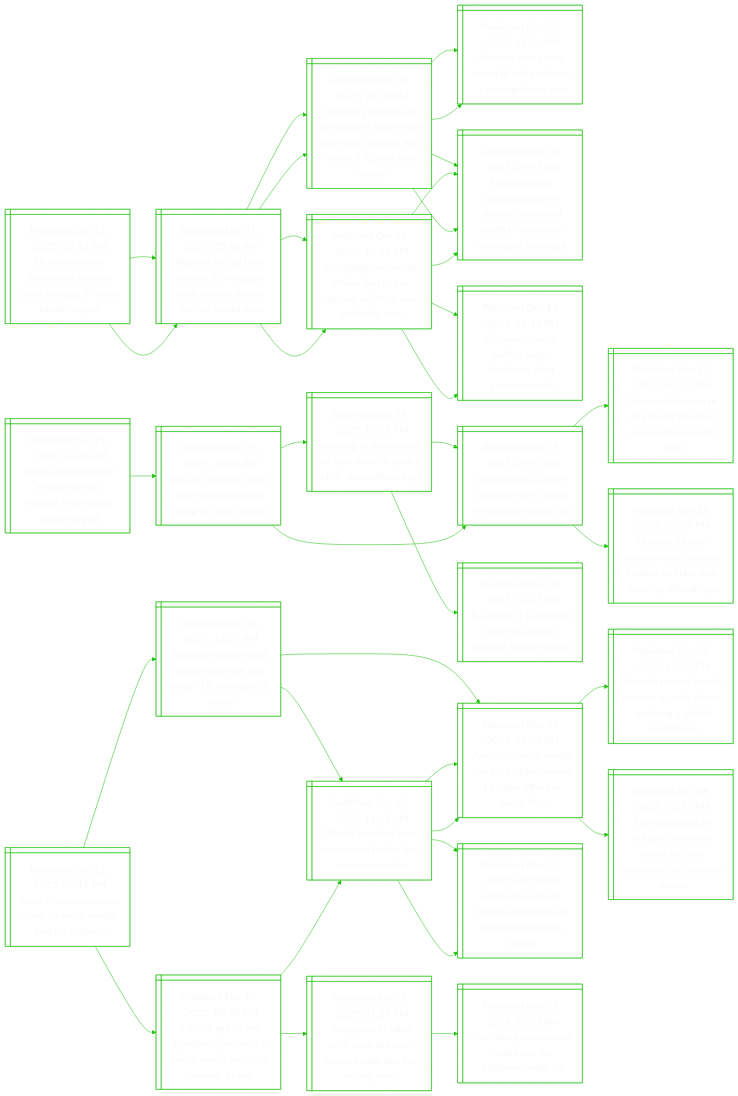
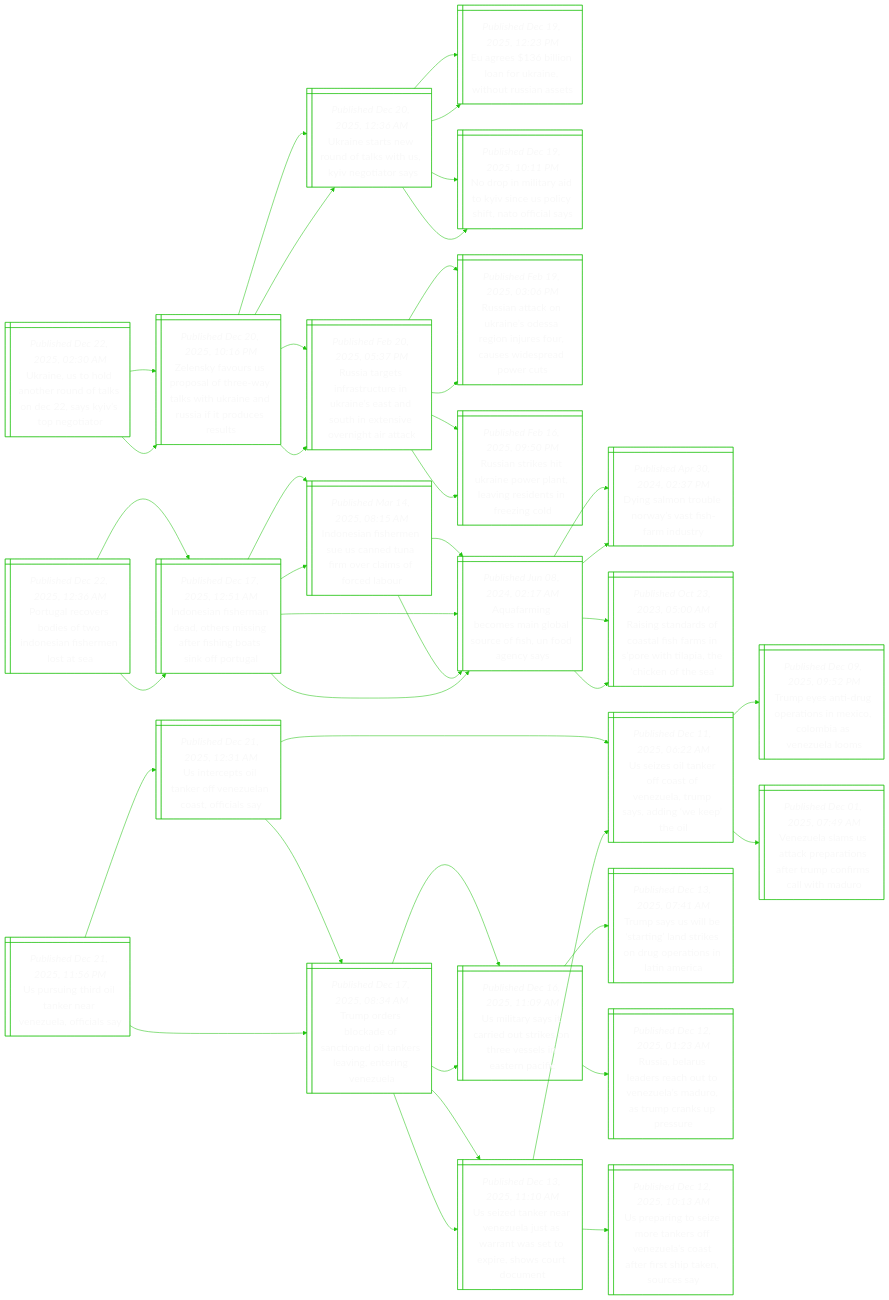
One commit to notJmes/notJmes changed the diagram in README.md. Above: the diagram before and after it, drawn with Mermaid. The commit also changed other lines of this file, not shown here.

````diff
--- a/README.md
+++ b/README.md
@@ -16,118 +16,136 @@
 flowchart LR
 classDef txtsize font-size:20px;
 
-Untttsbtgure@{ shape: win-pane, label: "_Published Dec 21, 2025, 11:55 PM_
-Ukraine battles attempted russian breakthrough in sumy border region" }
-Rackulrmiroms@{ shape: win-pane, label: "_Published Dec 21, 2025, 05:16 PM_
-Russian forces take around 50 villagers from ukraine across border, media says" }
+Unoaenanaiptr@{ shape: win-pane, label: "_Published Dec 22, 2025, 02:30 AM_
+Ukraine, us to hold another round of talks on dec 22, says kyiv’s top negotiator" }
 ZsvUpoetwkeuireu@{ shape: win-pane, label: "_Published Dec 20, 2025, 10:16 PM_
 Zelensky favours us proposal of three-way talks with ukraine and russia if it produces results" }
 Unrwdltygty@{ shape: win-pane, label: "_Published Dec 20, 2025, 12:36 AM_
 Ukraine starts new round of talks with us,  kyiv negotiator says" }
+Eelloaitis@{ shape: win-pane, label: "_Published Dec 19, 2025, 12:23 PM_
+Eu agrees $136 billion loan for ukraine, without russian assets" }
+NplyosUiiTis@{ shape: win-pane, label: "_Published Dec 19, 2025, 10:11 PM_
+No drop in military aid to kyiv since us policy shift, nato official says" }
 Raefrrketonnoiia@{ shape: win-pane, label: "_Published Feb 20, 2025, 05:37 PM_
 Russia targets infrastructure in ukraine’s east and south in extensive overnight air attack" }
-EaRasetUnfees@{ shape: win-pane, label: "_Published Dec 21, 2025, 12:56 AM_
-Escalating russian air strikes aim to cut ukraine off from sea, zelensky says" }
-Raefrrketonnoiia@{ shape: win-pane, label: "_Published Feb 20, 2025, 05:37 PM_
-Russia targets infrastructure in ukraine’s east and south in extensive overnight air attack" }
-Unefmbofunc@{ shape: win-pane, label: "_Published Dec 13, 2025, 08:18 PM_
-Ukraine’s odesa suffers major blackouts after russian attack" }
-Rackulrmiroms@{ shape: win-pane, label: "_Published Dec 21, 2025, 05:16 PM_
-Russian forces take around 50 villagers from ukraine across border, media says" }
+RaaUneeiereeaes@{ shape: win-pane, label: "_Published Feb 19, 2025, 03:06 PM_
+Russian attack on ukraine’s odessa region injures four, causes widespread power cuts" }
+Raiiaolegdiec@{ shape: win-pane, label: "_Published Feb 16, 2025, 09:50 PM_
+Russian strikes hit ukraine power plant, leaving residents in freezing cold" }
 ZsvUpoetwkeuireu@{ shape: win-pane, label: "_Published Dec 20, 2025, 10:16 PM_
 Zelensky favours us proposal of three-way talks with ukraine and russia if it produces results" }
 Unrwdltygty@{ shape: win-pane, label: "_Published Dec 20, 2025, 12:36 AM_
 Ukraine starts new round of talks with us,  kyiv negotiator says" }
+Eelloaitis@{ shape: win-pane, label: "_Published Dec 19, 2025, 12:23 PM_
+Eu agrees $136 billion loan for ukraine, without russian assets" }
+NplyosUiiTis@{ shape: win-pane, label: "_Published Dec 19, 2025, 10:11 PM_
+No drop in military aid to kyiv since us policy shift, nato official says" }
 Raefrrketonnoiia@{ shape: win-pane, label: "_Published Feb 20, 2025, 05:37 PM_
 Russia targets infrastructure in ukraine’s east and south in extensive overnight air attack" }
-EaRasetUnfees@{ shape: win-pane, label: "_Published Dec 21, 2025, 12:56 AM_
-Escalating russian air strikes aim to cut ukraine off from sea, zelensky says" }
-Raefrrketonnoiia@{ shape: win-pane, label: "_Published Feb 20, 2025, 05:37 PM_
-Russia targets infrastructure in ukraine’s east and south in extensive overnight air attack" }
-Unefmbofunc@{ shape: win-pane, label: "_Published Dec 13, 2025, 08:18 PM_
-Ukraine’s odesa suffers major blackouts after russian attack" }
+RaaUneeiereeaes@{ shape: win-pane, label: "_Published Feb 19, 2025, 03:06 PM_
+Russian attack on ukraine’s odessa region injures four, causes widespread power cuts" }
+Raiiaolegdiec@{ shape: win-pane, label: "_Published Feb 16, 2025, 09:50 PM_
+Russian strikes hit ukraine power plant, leaving residents in freezing cold" }
 
-Untttsbtgure:::txtsize --> Rackulrmiroms:::txtsize
-Rackulrmiroms:::txtsize --> ZsvUpoetwkeuireu:::txtsize
+Unoaenanaiptr:::txtsize --> ZsvUpoetwkeuireu:::txtsize
 ZsvUpoetwkeuireu:::txtsize --> Unrwdltygty:::txtsize
+Unrwdltygty:::txtsize --> Eelloaitis:::txtsize
+Unrwdltygty:::txtsize --> NplyosUiiTis:::txtsize
 ZsvUpoetwkeuireu:::txtsize --> Raefrrketonnoiia:::txtsize
-Rackulrmiroms:::txtsize --> EaRasetUnfees:::txtsize
-EaRasetUnfees:::txtsize --> Raefrrketonnoiia:::txtsize
-EaRasetUnfees:::txtsize --> Unefmbofunc:::txtsize
-Untttsbtgure:::txtsize --> Rackulrmiroms:::txtsize
-Rackulrmiroms:::txtsize --> ZsvUpoetwkeuireu:::txtsize
+Raefrrketonnoiia:::txtsize --> RaaUneeiereeaes:::txtsize
+Raefrrketonnoiia:::txtsize --> Raiiaolegdiec:::txtsize
+Unoaenanaiptr:::txtsize --> ZsvUpoetwkeuireu:::txtsize
 ZsvUpoetwkeuireu:::txtsize --> Unrwdltygty:::txtsize
+Unrwdltygty:::txtsize --> Eelloaitis:::txtsize
+Unrwdltygty:::txtsize --> NplyosUiiTis:::txtsize
 ZsvUpoetwkeuireu:::txtsize --> Raefrrketonnoiia:::txtsize
-Rackulrmiroms:::txtsize --> EaRasetUnfees:::txtsize
-EaRasetUnfees:::txtsize --> Raefrrketonnoiia:::txtsize
-EaRasetUnfees:::txtsize --> Unefmbofunc:::txtsize
+Raefrrketonnoiia:::txtsize --> RaaUneeiereeaes:::txtsize
+Raefrrketonnoiia:::txtsize --> Raiiaolegdiec:::txtsize
 
-FeiwrarolosG@{ shape: win-pane, label: "_Published Dec 21, 2025, 11:26 PM_
-France to build new aircraft carrier, macron tells troops based in gulf" }
-Raeiaeasghc@{ shape: win-pane, label: "_Published Dec 19, 2025, 10:06 PM_
-Russian defence firms targeted by hackers using ai, other tactics" }
-NplyosUiiTis@{ shape: win-pane, label: "_Published Dec 19, 2025, 10:11 PM_
-No drop in military aid to kyiv since us policy shift, nato official says" }
-UnsialaiiaS@{ shape: win-pane, label: "_Published Dec 19, 2025, 09:31 PM_
-Ukraine hits russian ‘shadow fleet’ tanker in mediterranean sea" }
-Eelloaitis@{ shape: win-pane, label: "_Published Dec 19, 2025, 12:23 PM_
-Eu agrees $136 billion loan for ukraine, without russian assets" }
-UnsialaiiaS@{ shape: win-pane, label: "_Published Dec 19, 2025, 09:31 PM_
-Ukraine hits russian ‘shadow fleet’ tanker in mediterranean sea" }
-Unsilacipoom@{ shape: win-pane, label: "_Published Dec 13, 2025, 03:18 AM_
-Ukraine hits russian oil infrastructure in caspian for second time" }
-UntaluneBScyca@{ shape: win-pane, label: "_Published Nov 29, 2025, 08:09 PM_
-Ukraine hit two ‘shadow fleet’ russian tankers in black sea, security official says" }
+Pgcsewoahna@{ shape: win-pane, label: "_Published Dec 22, 2025, 12:36 AM_
+Portugal recovers bodies of two indonesian fishermen lost at sea" }
+IefrehigrianPg@{ shape: win-pane, label: "_Published Dec 17, 2025, 12:51 AM_
+Indonesian fisherman dead, others missing after fishing boats sink off portugal" }
+Iefruatieifdu@{ shape: win-pane, label: "_Published Mar 14, 2025, 08:15 AM_
+Indonesian fishermen sue us canned tuna firm over claims of forced labour" }
+AagmibufUdcs@{ shape: win-pane, label: "_Published Jun 08, 2024, 02:17 AM_
+Aquafarming becomes main global source of fish, un food agency says" }
+AagmibufUdcs@{ shape: win-pane, label: "_Published Jun 08, 2024, 02:17 AM_
+Aquafarming becomes main global source of fish, un food agency says" }
+Dsnbrviru@{ shape: win-pane, label: "_Published Apr 30, 2024, 02:37 PM_
+Dying salmon trouble norway’s vast fish-farm industry" }
+Rnnsafaneticeh@{ shape: win-pane, label: "_Published Oct 23, 2023, 05:00 AM_
+Raising standards of coastal fish farms in s’pore with tilapia, the ‘chicken of the sea’" }
+IefrehigrianPg@{ shape: win-pane, label: "_Published Dec 17, 2025, 12:51 AM_
+Indonesian fisherman dead, others missing after fishing boats sink off portugal" }
+Iefruatieifdu@{ shape: win-pane, label: "_Published Mar 14, 2025, 08:15 AM_
+Indonesian fishermen sue us canned tuna firm over claims of forced labour" }
+AagmibufUdcs@{ shape: win-pane, label: "_Published Jun 08, 2024, 02:17 AM_
+Aquafarming becomes main global source of fish, un food agency says" }
+AagmibufUdcs@{ shape: win-pane, label: "_Published Jun 08, 2024, 02:17 AM_
+Aquafarming becomes main global source of fish, un food agency says" }
+Dsnbrviru@{ shape: win-pane, label: "_Published Apr 30, 2024, 02:37 PM_
+Dying salmon trouble norway’s vast fish-farm industry" }
+Rnnsafaneticeh@{ shape: win-pane, label: "_Published Oct 23, 2023, 05:00 AM_
+Raising standards of coastal fish farms in s’pore with tilapia, the ‘chicken of the sea’" }
 
-FeiwrarolosG:::txtsize --> Raeiaeasghc:::txtsize
-Raeiaeasghc:::txtsize --> NplyosUiiTis:::txtsize
-NplyosUiiTis:::txtsize --> UnsialaiiaS:::txtsize
-NplyosUiiTis:::txtsize --> Eelloaitis:::txtsize
-Raeiaeasghc:::txtsize --> UnsialaiiaS:::txtsize
-UnsialaiiaS:::txtsize --> Unsilacipoom:::txtsize
-UnsialaiiaS:::txtsize --> UntaluneBScyca:::txtsize
+Pgcsewoahna:::txtsize --> IefrehigrianPg:::txtsize
+IefrehigrianPg:::txtsize --> Iefruatieifdu:::txtsize
+Iefruatieifdu:::txtsize --> AagmibufUdcs:::txtsize
+IefrehigrianPg:::txtsize --> AagmibufUdcs:::txtsize
+AagmibufUdcs:::txtsize --> Dsnbrviru:::txtsize
+AagmibufUdcs:::txtsize --> Rnnsafaneticeh:::txtsize
+Pgcsewoahna:::txtsize --> IefrehigrianPg:::txtsize
+IefrehigrianPg:::txtsize --> Iefruatieifdu:::txtsize
+Iefruatieifdu:::txtsize --> AagmibufUdcs:::txtsize
+IefrehigrianPg:::txtsize --> AagmibufUdcs:::txtsize
+AagmibufUdcs:::txtsize --> Dsnbrviru:::txtsize
+AagmibufUdcs:::txtsize --> Rnnsafaneticeh:::txtsize
 
-SIinrtidnhe@{ shape: win-pane, label: "_Published Dec 21, 2025, 09:12 PM_
-Swiss interior minister open to social media ban for children" }
-Aaanceosrow@{ shape: win-pane, label: "_Published Dec 10, 2025, 11:25 AM_
-Australia has banned social media for kids under 16. how does it work?" }
-Aaombrdnafils@{ shape: win-pane, label: "_Published Dec 09, 2025, 09:32 PM_
-Australia social media ban for children under 16 takes effect in world first" }
-Aaombtkeagbaw@{ shape: win-pane, label: "_Published Dec 09, 2025, 12:07 PM_
-Australia social media ban set to take effect, sparking a global crackdown" }
-FulEetmocromas@{ shape: win-pane, label: "_Published Dec 09, 2025, 12:37 PM_
-From australia to europe, countries move to curb children’s social media access" }
-Wwesnaisita@{ shape: win-pane, label: "_Published Dec 10, 2025, 11:15 AM_
-World watches first teen social media ban start in australia" }
-Aaombrdnafils@{ shape: win-pane, label: "_Published Dec 09, 2025, 09:32 PM_
-Australia social media ban for children under 16 takes effect in world first" }
-Aneaisesint@{ shape: win-pane, label: "_Published Dec 10, 2025, 08:20 AM_
-Alternative social media apps surge as australia teen ban starts" }
-Itooersaisues@{ shape: win-pane, label: "_Published Dec 10, 2025, 08:48 PM_
-‘i didn’t get to say goodbye’: australia’s social media ban stirs unease, praise" }
-Wwesnaisita@{ shape: win-pane, label: "_Published Dec 10, 2025, 11:15 AM_
-World watches first teen social media ban start in australia" }
-Aaombrdnafils@{ shape: win-pane, label: "_Published Dec 09, 2025, 09:32 PM_
-Australia social media ban for children under 16 takes effect in world first" }
-Aneaisesint@{ shape: win-pane, label: "_Published Dec 10, 2025, 08:20 AM_
-Alternative social media apps surge as australia teen ban starts" }
-SpnsAavceayu@{ shape: win-pane, label: "_Published Jan 07, 2025, 01:27 PM_
-Singapore in talks with australia over social media ban for young users" }
-Aaaslaolu@{ shape: win-pane, label: "_Published Nov 28, 2024, 08:33 PM_
-Australia passes social media ban for children under 16" }
+Ustonenlis@{ shape: win-pane, label: "_Published Dec 21, 2025, 11:56 PM_
+Us pursuing third oil tanker near venezuela, officials say" }
+Uettreeofay@{ shape: win-pane, label: "_Published Dec 21, 2025, 12:31 AM_
+Us intercepts oil tanker off venezuelan coast, officials say" }
+Uzlecoeapageo@{ shape: win-pane, label: "_Published Dec 11, 2025, 06:22 AM_
+Us seizes oil tanker off coast of venezuela, trump says, adding ‘we keep’ the oil" }
+TenurneCbVuo@{ shape: win-pane, label: "_Published Dec 09, 2025, 09:52 PM_
+Trump eyes anti-drug operations in mexico, colombia as venezuela looms" }
+VulScpifromlMo@{ shape: win-pane, label: "_Published Dec 01, 2025, 07:49 AM_
+Venezuela slams us attack preparations after trump confirms call with maduro" }
+Toskftdasitgz@{ shape: win-pane, label: "_Published Dec 17, 2025, 08:34 AM_
+Trump orders blockade of sanctioned oil tankers leaving, entering venezuela" }
+Uistitktvlanf@{ shape: win-pane, label: "_Published Dec 16, 2025, 11:09 AM_
+Us military says it carried out strikes on three vessels in eastern pacific" }
+Uznenltrwtphoon@{ shape: win-pane, label: "_Published Dec 13, 2025, 11:10 AM_
+Us seized tanker near venezuela just as warrant was set to expire, shows court document" }
+Toskftdasitgz@{ shape: win-pane, label: "_Published Dec 17, 2025, 08:34 AM_
+Trump orders blockade of sanctioned oil tankers leaving, entering venezuela" }
+Uistitktvlanf@{ shape: win-pane, label: "_Published Dec 16, 2025, 11:09 AM_
+Us military says it carried out strikes on three vessels in eastern pacific" }
+TsSbrltsurnama@{ shape: win-pane, label: "_Published Dec 13, 2025, 07:41 AM_
+Trump says us will be ‘starting’ land strikes on drug operations in latin america" }
+RararoVuMouaps@{ shape: win-pane, label: "_Published Dec 12, 2025, 01:23 AM_
+Russia, belarus leaders reach out to venezuela’s maduro, as trump cranks up pressure" }
+Uznenltrwtphoon@{ shape: win-pane, label: "_Published Dec 13, 2025, 11:10 AM_
+Us seized tanker near venezuela just as warrant was set to expire, shows court document" }
+Uzlecoeapageo@{ shape: win-pane, label: "_Published Dec 11, 2025, 06:22 AM_
+Us seizes oil tanker off coast of venezuela, trump says, adding ‘we keep’ the oil" }
+Upgirkfeasespncy@{ shape: win-pane, label: "_Published Dec 12, 2025, 10:13 AM_
+Us preparing to seize more tankers off venezuela’s coast after first ship taken, sources say" }
 
-SIinrtidnhe:::txtsize --> Aaanceosrow:::txtsize
-Aaanceosrow:::txtsize --> Aaombrdnafils:::txtsize
-Aaombrdnafils:::txtsize --> Aaombtkeagbaw:::txtsize
-Aaombrdnafils:::txtsize --> FulEetmocromas:::txtsize
-Aaanceosrow:::txtsize --> Wwesnaisita:::txtsize
-Wwesnaisita:::txtsize --> Aaombrdnafils:::txtsize
-Wwesnaisita:::txtsize --> Aneaisesint:::txtsize
-SIinrtidnhe:::txtsize --> Itooersaisues:::txtsize
-Itooersaisues:::txtsize --> Wwesnaisita:::txtsize
-Wwesnaisita:::txtsize --> Aaombrdnafils:::txtsize
-Wwesnaisita:::txtsize --> Aneaisesint:::txtsize
-Itooersaisues:::txtsize --> SpnsAavceayu:::txtsize
-SpnsAavceayu:::txtsize --> Aaaslaolu:::txtsize
+Ustonenlis:::txtsize --> Uettreeofay:::txtsize
+Uettreeofay:::txtsize --> Uzlecoeapageo:::txtsize
+Uzlecoeapageo:::txtsize --> TenurneCbVuo:::txtsize
+Uzlecoeapageo:::txtsize --> VulScpifromlMo:::txtsize
+Uettreeofay:::txtsize --> Toskftdasitgz:::txtsize
+Toskftdasitgz:::txtsize --> Uistitktvlanf:::txtsize
+Toskftdasitgz:::txtsize --> Uznenltrwtphoon:::txtsize
+Ustonenlis:::txtsize --> Toskftdasitgz:::txtsize
+Toskftdasitgz:::txtsize --> Uistitktvlanf:::txtsize
+Uistitktvlanf:::txtsize --> TsSbrltsurnama:::txtsize
+Uistitktvlanf:::txtsize --> RararoVuMouaps:::txtsize
+Toskftdasitgz:::txtsize --> Uznenltrwtphoon:::txtsize
+Uznenltrwtphoon:::txtsize --> Uzlecoeapageo:::txtsize
+Uznenltrwtphoon:::txtsize --> Upgirkfeasespncy:::txtsize
 
 ```
````
